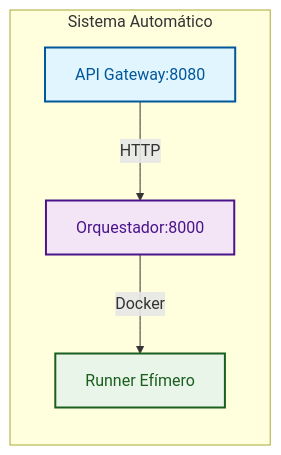
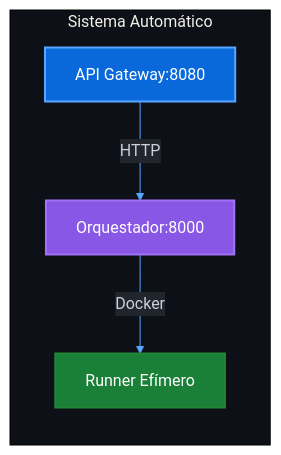
One commit to eliaspizarro/gha-ephemeral-runners changed the first of 3 diagrams in README.es.md. Above: the diagram before and after it, drawn with Mermaid. The commit also changed other lines of this file and 1 other file, not shown here.

````diff
--- a/README.es.md
+++ b/README.es.md
@@ -16,12 +16,29 @@
 ```mermaid
+%%{init: {
+  'theme': 'base',
+  'themeVariables': {
+    'primaryColor': '#0d1117',
+    'primaryTextColor': '#c9d1d9',
+    'primaryBorderColor': '#30363d',
+    'lineColor': '#58a6ff',
+    'sectionBkgColor': '#0d1117',
+    'altSectionBkgColor': '#0d1117',
+    'gridColor': '#0d1117',
+    'secondaryColor': '#238636',
+    'tertiaryColor': '#0d1117',
+    'edgeLabelBackground': '#21262d',
+    'edgeLabelBorderColor': '#58a6ff',
+    'edgeLabelTextColor': '#c9d1d9'
+  }
+}}%%
 graph LR
     subgraph "Sistema Automático"
         AG[API Gateway:8080]
         AG --> |HTTP| ORQ[Orquestador:8000]
         ORQ --> |Docker| RUN[Runner Efímero]
     end
 
-    style AG fill:#e1f5fe,stroke:#01579b,stroke-width:2px,color:#01579b
-    style ORQ fill:#f3e5f5,stroke:#4a148c,stroke-width:2px,color:#4a148c
-    style RUN fill:#e8f5e8,stroke:#1b5e20,stroke-width:2px,color:#1b5e20
+    style AG fill:#0969da,stroke:#58a6ff,stroke-width:2px,color:#ffffff
+    style ORQ fill:#8957e5,stroke:#a371f7,stroke-width:2px,color:#ffffff
+    style RUN fill:#1a7f37,stroke:#238636,stroke-width:2px,color:#ffffff
 ```
````
